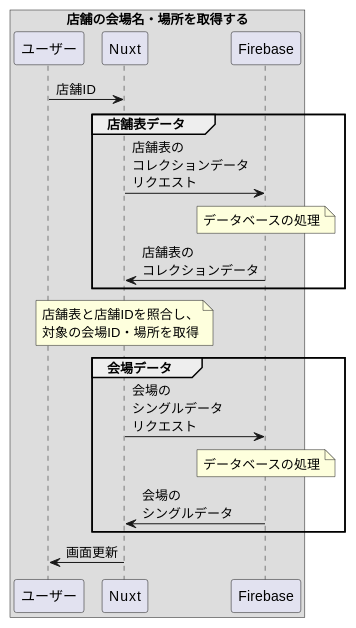
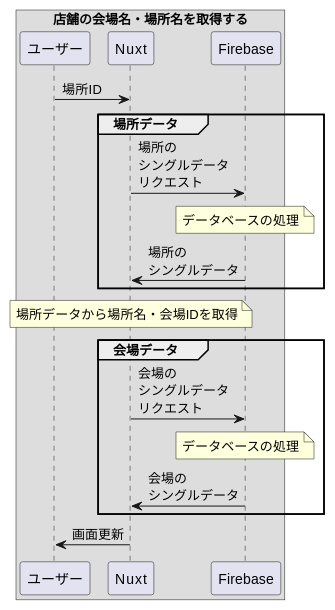
The fifth of 7 diagrams in 03_event-shop-app/3_実装用の図.md (zakzakst/object-oriented-practice), drawn with PlantUML before and after one commit. The commit also changed other lines of this file and 2 other files, not shown here.

````diff
--- a/03_event-shop-app/3_実装用の図.md
+++ b/03_event-shop-app/3_実装用の図.md
@@ -130,27 +150,27 @@
 ```puml
 @startuml
-box 店舗の会場名・場所を取得する
+box 店舗の会場名・場所名を取得する
 participant ユーザー
 participant Nuxt
 participant Firebase as FB
 
-ユーザー -> Nuxt : 店舗ID
+ユーザー -> Nuxt : 場所ID
 
-group 店舗表データ
-Nuxt -> FB : 店舗表の\nコレクションデータ\nリクエスト
+group 場所データ
+Nuxt -> FB : 場所の\nシングルデータ\nリクエスト
 note over FB : データベースの処理
-FB -> Nuxt : 店舗表の\nコレクションデータ
+FB -> Nuxt : 場所の\nシングルデータ
 end
 
-note over Nuxt : 店舗表と店舗IDを照合し、\n対象の会場ID・場所を取得
+note over Nuxt : 場所データから場所名・会場IDを取得
 
 group 会場データ
 Nuxt -> FB : 会場の\nシングルデータ\nリクエスト
 note over FB : データベースの処理
 FB -> Nuxt : 会場の\nシングルデータ
 end
 
 Nuxt -> ユーザー : 画面更新
 end box
 @enduml
 ```
````
